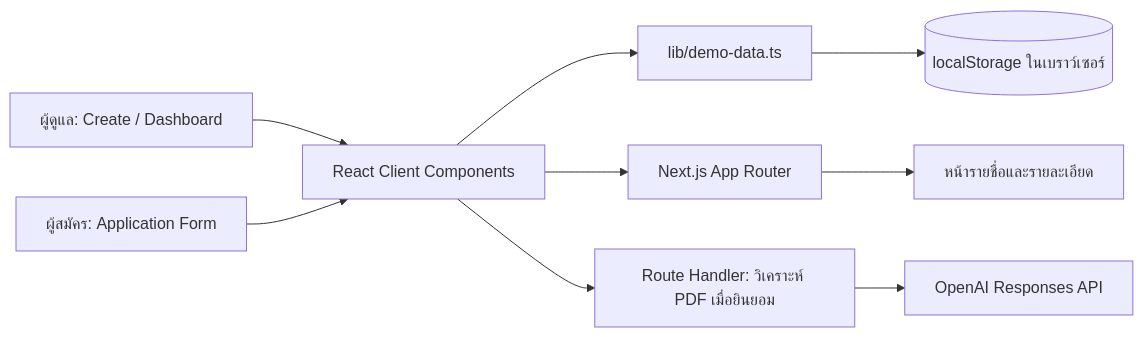
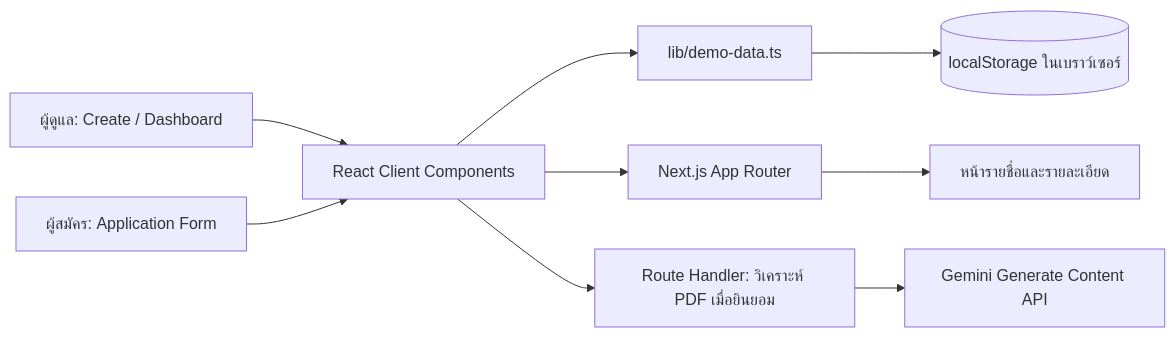
The diagram in assign/workflow/kan-implementation.md (KanThanakhorn/PortfolioMatch), drawn with Mermaid before and after one commit. The commit also changed other lines of this file and 7 other files, not shown here.

Commit message:
Switch portfolio AI review to Gemini API

````diff
--- a/assign/workflow/kan-implementation.md
+++ b/assign/workflow/kan-implementation.md
@@ -24,11 +24,11 @@
 ```mermaid
 flowchart LR
   A[ผู้ดูแล: Create / Dashboard] --> B[React Client Components]
   C[ผู้สมัคร: Application Form] --> B
   B --> D[lib/demo-data.ts]
   D --> E[(localStorage ในเบราว์เซอร์)]
   B --> F[Next.js App Router]
   F --> G[หน้ารายชื่อและรายละเอียด]
   B --> H[Route Handler: วิเคราะห์ PDF เมื่อยินยอม]
-  H --> I[OpenAI Responses API]
+  H --> I[Gemini Generate Content API]
 ```
````
